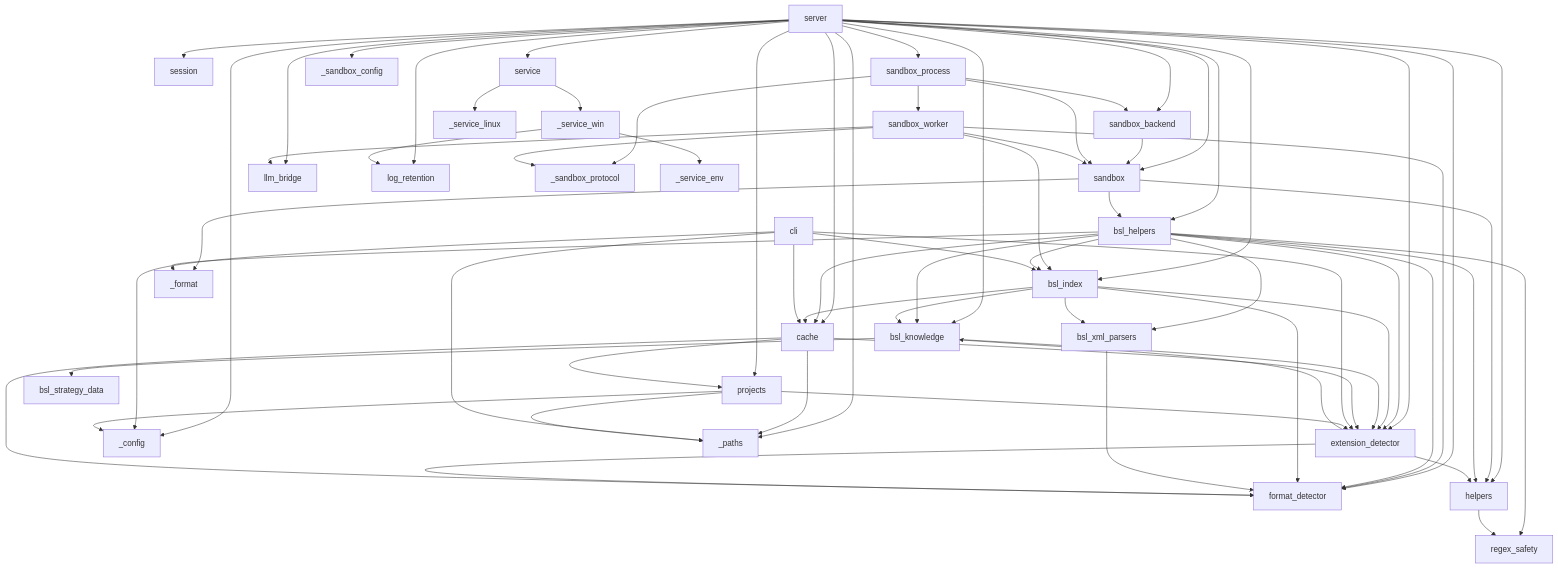
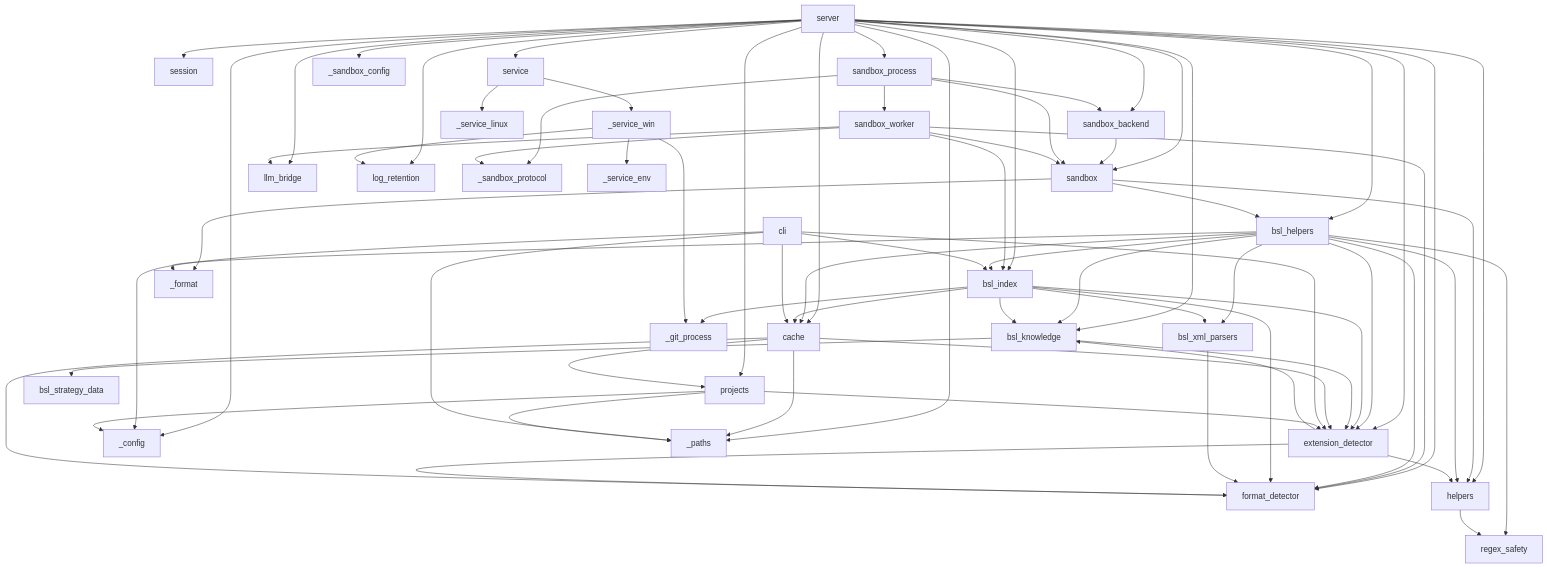
One commit to Dach-Coin/rlm-tools-bsl changed the diagram in docs/MODULE_MAP.md. Above: the diagram before and after it, drawn with Mermaid. The commit also changed other lines of this file and 10 other files, not shown here.

````diff
--- a/docs/MODULE_MAP.md
+++ b/docs/MODULE_MAP.md
@@ -125,6 +128,7 @@
     bsl_helpers --> regex_safety
     bsl_helpers --> _format
 
+    bsl_index --> _git_process
     bsl_index --> bsl_knowledge
     bsl_index --> cache
     bsl_index --> format_detector
@@ -161,4 +165,5 @@
     service --> _service_linux
     _service_win --> _service_env
     _service_win --> log_retention
+    _service_win --> _git_process
 ```
````
